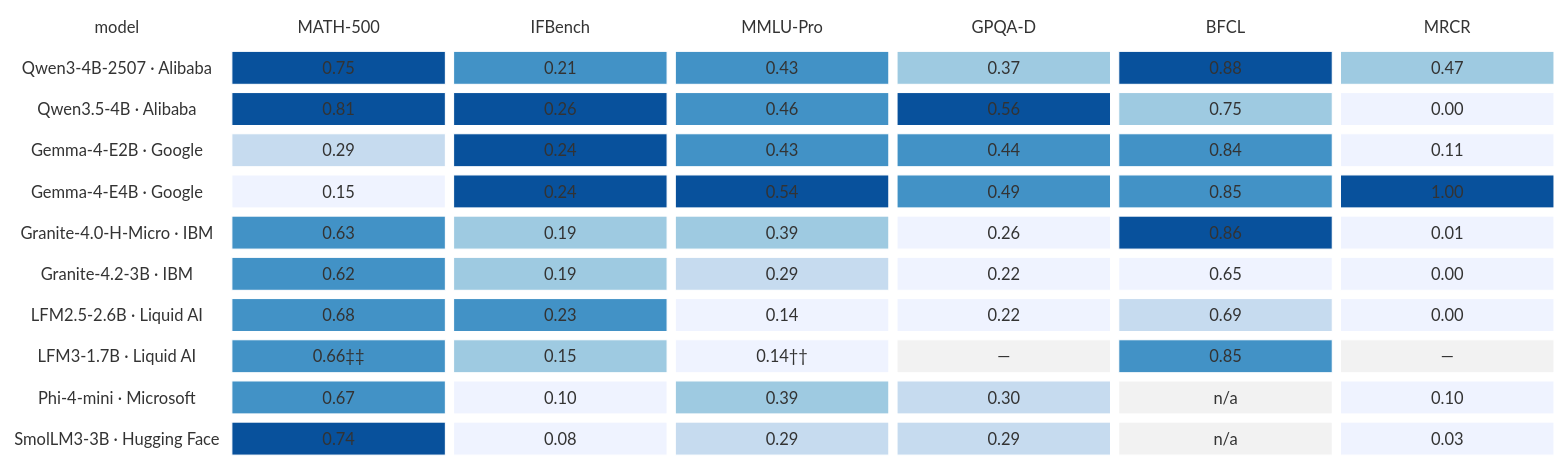
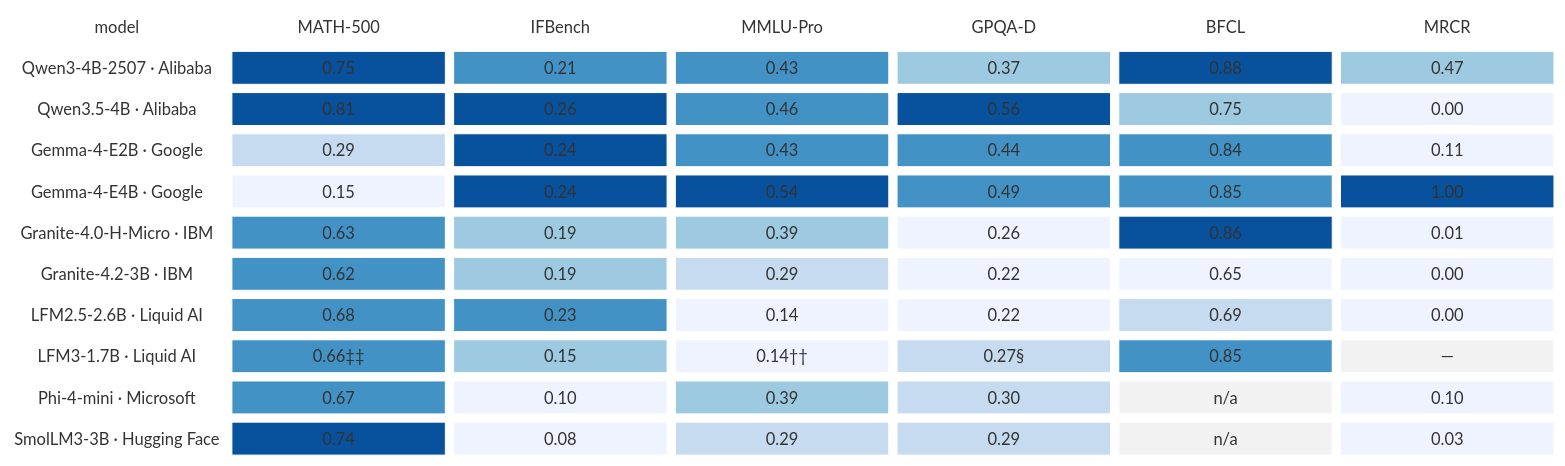
One commit to maximosipov/macbook-pro-2019-radeon-5500m-4gb changed the second of 2 diagrams in models.md. Above: the diagram before and after it, drawn with Mermaid. The commit also changed other lines of this file and 1 other file, not shown here.

Commit message:
Add LFM3 science and correctness results

```diff
--- a/models.md
+++ b/models.md
@@ -92,7 +92,7 @@
     m4["Granite-4.0-H-Micro · IBM"] c4_0["0.63"] c4_1["0.19"] c4_2["0.39"] c4_3["0.26"] c4_4["0.86"] c4_5["0.01"]
     m5["Granite-4.2-3B · IBM"] c5_0["0.62"] c5_1["0.19"] c5_2["0.29"] c5_3["0.22"] c5_4["0.65"] c5_5["0.00"]
     m6["LFM2.5-2.6B · Liquid AI"] c6_0["0.68"] c6_1["0.23"] c6_2["0.14"] c6_3["0.22"] c6_4["0.69"] c6_5["0.00"]
-    m7["LFM3-1.7B · Liquid AI"] c7_0["0.66‡‡"] c7_1["0.15"] c7_2["0.14††"] c7_3["—"] c7_4["0.85"] c7_5["—"]
+    m7["LFM3-1.7B · Liquid AI"] c7_0["0.66‡‡"] c7_1["0.15"] c7_2["0.14††"] c7_3["0.27§"] c7_4["0.85"] c7_5["—"]
     m8["Phi-4-mini · Microsoft"] c8_0["0.67"] c8_1["0.10"] c8_2["0.39"] c8_3["0.30"] c8_4["n/a"] c8_5["0.10"]
     m9["SmolLM3-3B · Hugging Face"] c9_0["0.74"] c9_1["0.08"] c9_2["0.29"] c9_3["0.29"] c9_4["n/a"] c9_5["0.03"]
     style h0 fill:#ffffff,stroke:#ffffff,color:#333333,font-weight:bold
@@ -149,9 +149,9 @@
     style c4_3 fill:#eff3ff,stroke:#ffffff,color:#1a1a1a
     style c5_3 fill:#eff3ff,stroke:#ffffff,color:#1a1a1a
     style c6_3 fill:#eff3ff,stroke:#ffffff,color:#1a1a1a
+    style c7_3 fill:#c6dbef,stroke:#ffffff,color:#1a1a1a
     style c8_3 fill:#c6dbef,stroke:#ffffff,color:#1a1a1a
     style c9_3 fill:#c6dbef,stroke:#ffffff,color:#1a1a1a
-    style c7_3 fill:#f2f2f2,stroke:#ffffff,color:#999999
     style c0_4 fill:#08519c,stroke:#ffffff,color:#ffffff
     style c1_4 fill:#9ecae1,stroke:#ffffff,color:#1a1a1a
     style c2_4 fill:#4292c6,stroke:#ffffff,color:#ffffff
```
